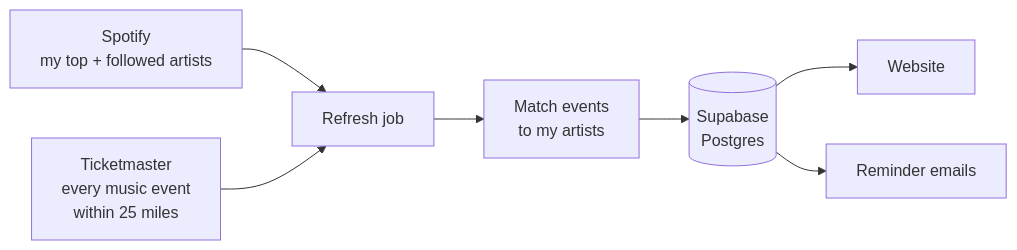
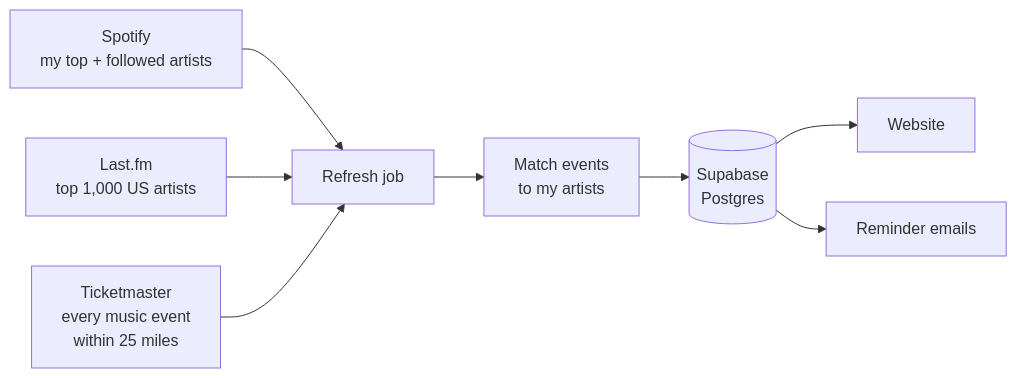
The diagram in README.md (lucie-batista/concert-drops), drawn with Mermaid before and after one commit. The commit also changed other lines of this file, not shown here.

````diff
--- a/README.md
+++ b/README.md
@@ -50,9 +52,10 @@
 ```mermaid
 flowchart LR
     S[Spotify<br/>my top + followed artists] --> R
+    L[Last.fm<br/>top 1,000 US artists] --> R
     T[Ticketmaster<br/>every music event<br/>within 25 miles] --> R
     R[Refresh job] --> M[Match events<br/>to my artists]
     M --> D[(Supabase<br/>Postgres)]
     D --> W[Website]
     D --> E[Reminder emails]
 ```
````
